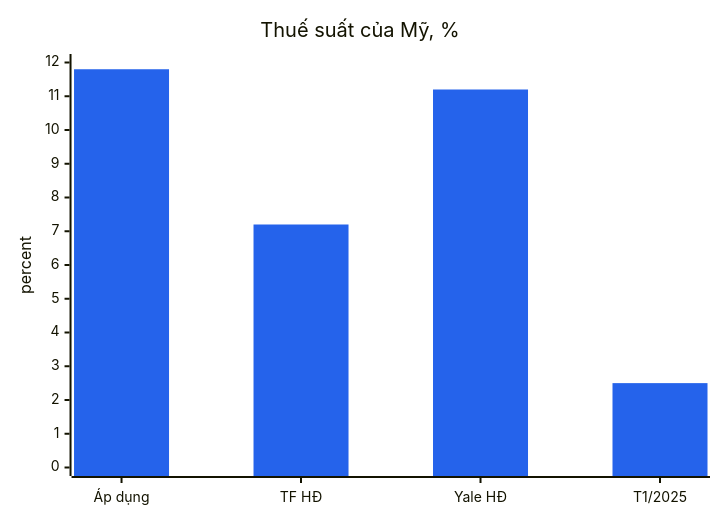
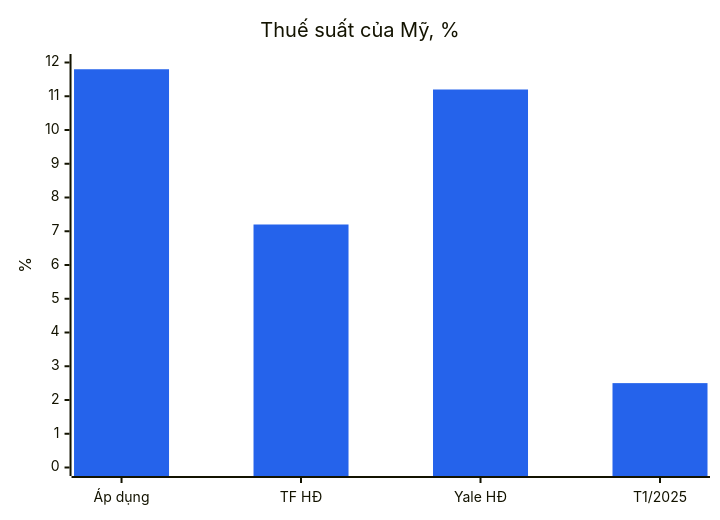
Before and after one commit to dureach/research: the seventh of 15 diagrams in Global-Trade-Intelligence-weekly-2026-11-23/index.vi.md, drawn with Mermaid. The commit also changed other lines of this file and 5 other files, not shown here.

````diff
--- a/Global-Trade-Intelligence-weekly-2026-11-23/index.vi.md
+++ b/Global-Trade-Intelligence-weekly-2026-11-23/index.vi.md
@@ -465,8 +465,8 @@
 ```mermaid
 %%{init: {'theme': 'base', 'themeVariables': {'xyChart': {'plotColorPalette': '#2563eb'}}}}%%
 xychart-beta
     title "Thuế suất của Mỹ, %"
     x-axis ["Áp dụng", "TF HĐ", "Yale HĐ", "T1/2025"]
-    y-axis "percent" 0 --> 12
+    y-axis "%" 0 --> 12
     bar [11.8, 7.2, 11.2, 2.5]
 ```
````
